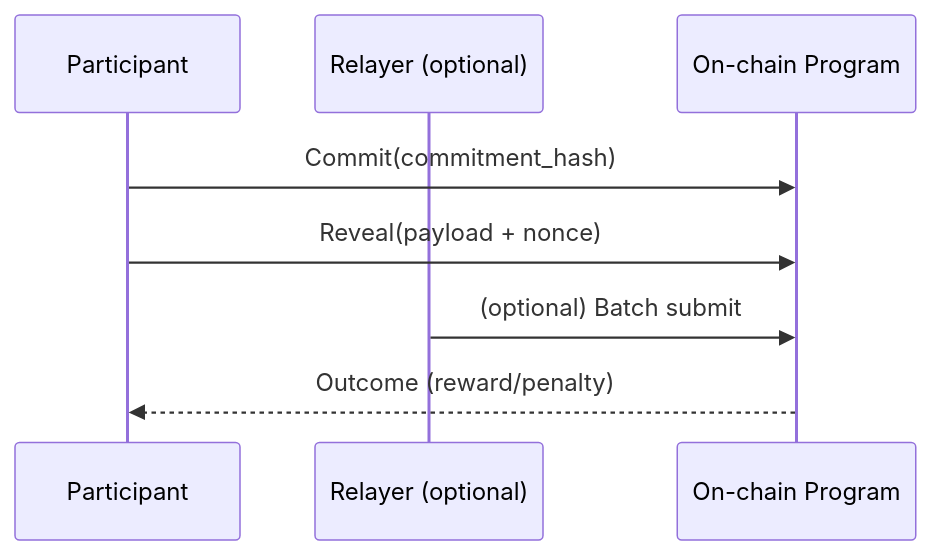
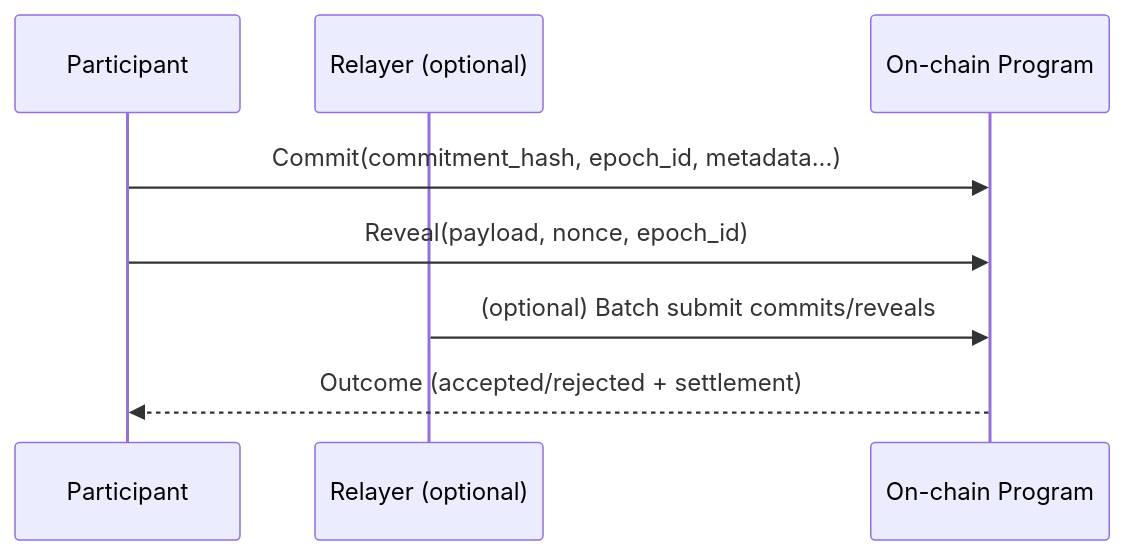
Before and after one commit to TIMLG-Protocol/timlg-protocol: the second of 2 diagrams in docs/protocol/overview.md, drawn with Mermaid. The commit also changed other lines of this file and 4 other files, not shown here.

````diff
--- a/docs/protocol/overview.md
+++ b/docs/protocol/overview.md
@@ -18,10 +61,12 @@
 ```mermaid
 sequenceDiagram
   participant P as Participant
   participant R as Relayer (optional)
   participant S as On-chain Program
-  P->>S: Commit(commitment_hash)
-  P->>S: Reveal(payload + nonce)
-  R->>S: (optional) Batch submit
-  S-->>P: Outcome (reward/penalty)
+
+  P->>S: Commit(commitment_hash, epoch_id, metadata...)
+  P->>S: Reveal(payload, nonce, epoch_id)
+
+  R->>S: (optional) Batch submit commits/reveals
+  S-->>P: Outcome (accepted/rejected + settlement)
 ```
````
